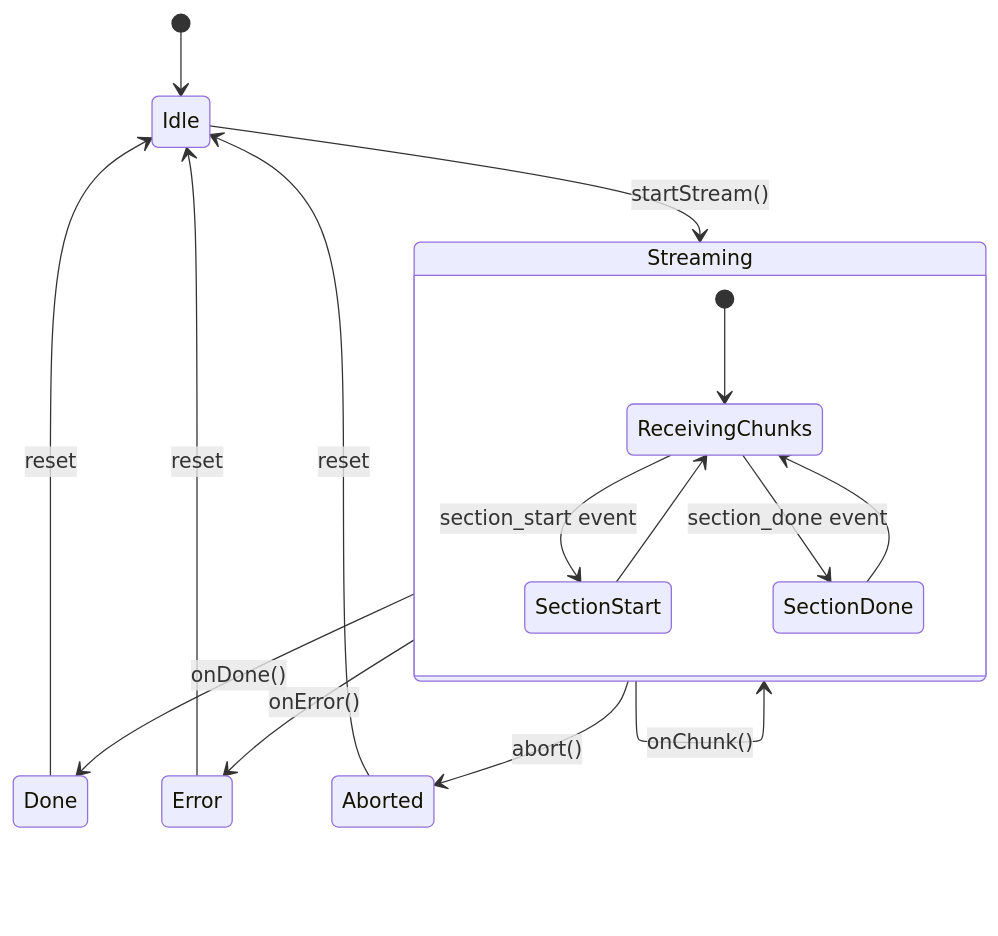
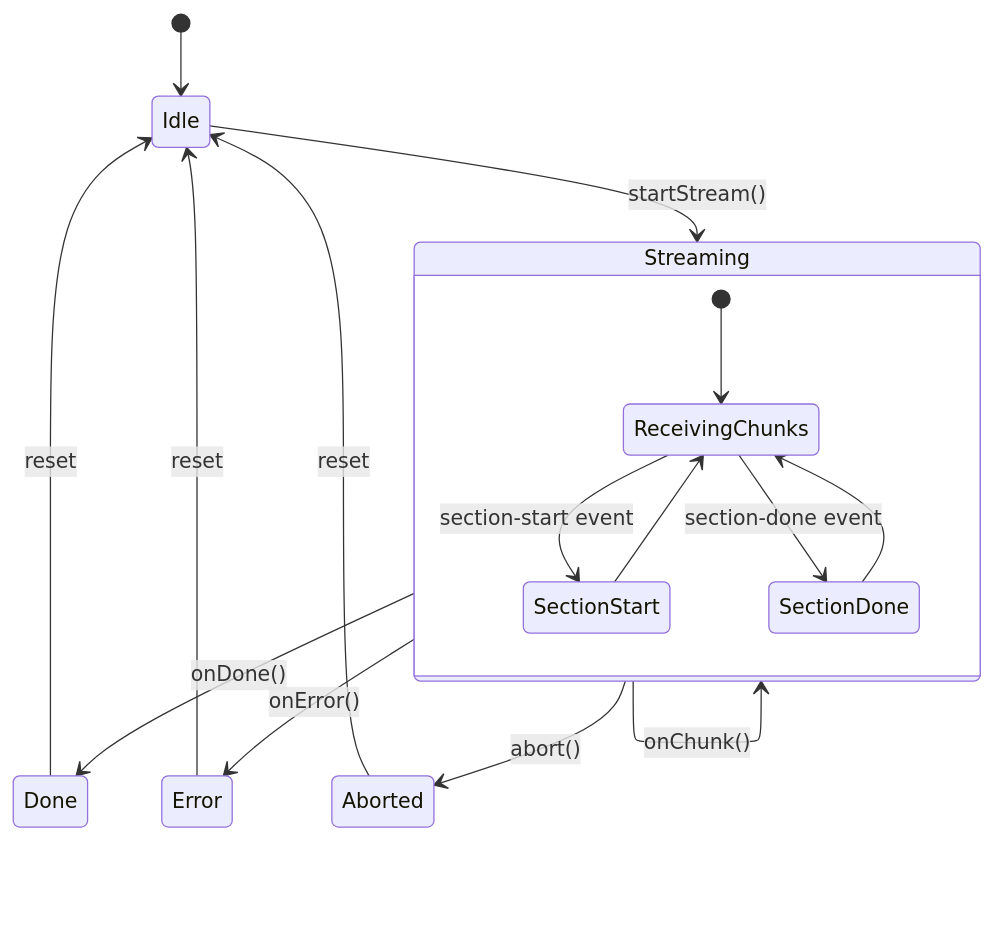
One commit to annubis-knight/Blog_Redactor_SEO changed diagram 21 of 25 in docs/ARCHITECTURE_FLOWS.md. Above: the diagram before and after it, drawn with Mermaid. The commit also changed other lines of this file and 11 other files, not shown here.

````diff
--- a/docs/ARCHITECTURE_FLOWS.md
+++ b/docs/ARCHITECTURE_FLOWS.md
@@ -868,20 +893,20 @@
 ```mermaid
 stateDiagram-v2
     [*] --> Idle
     Idle --> Streaming: startStream()
     Streaming --> Streaming: onChunk()
     Streaming --> Done: onDone()
     Streaming --> Error: onError()
     Streaming --> Aborted: abort()
     Done --> Idle: reset
     Error --> Idle: reset
     Aborted --> Idle: reset
 
     state Streaming {
         [*] --> ReceivingChunks
-        ReceivingChunks --> SectionStart: section_start event
+        ReceivingChunks --> SectionStart: section-start event
         SectionStart --> ReceivingChunks
-        ReceivingChunks --> SectionDone: section_done event
+        ReceivingChunks --> SectionDone: section-done event
         SectionDone --> ReceivingChunks
     }
 ```
````
